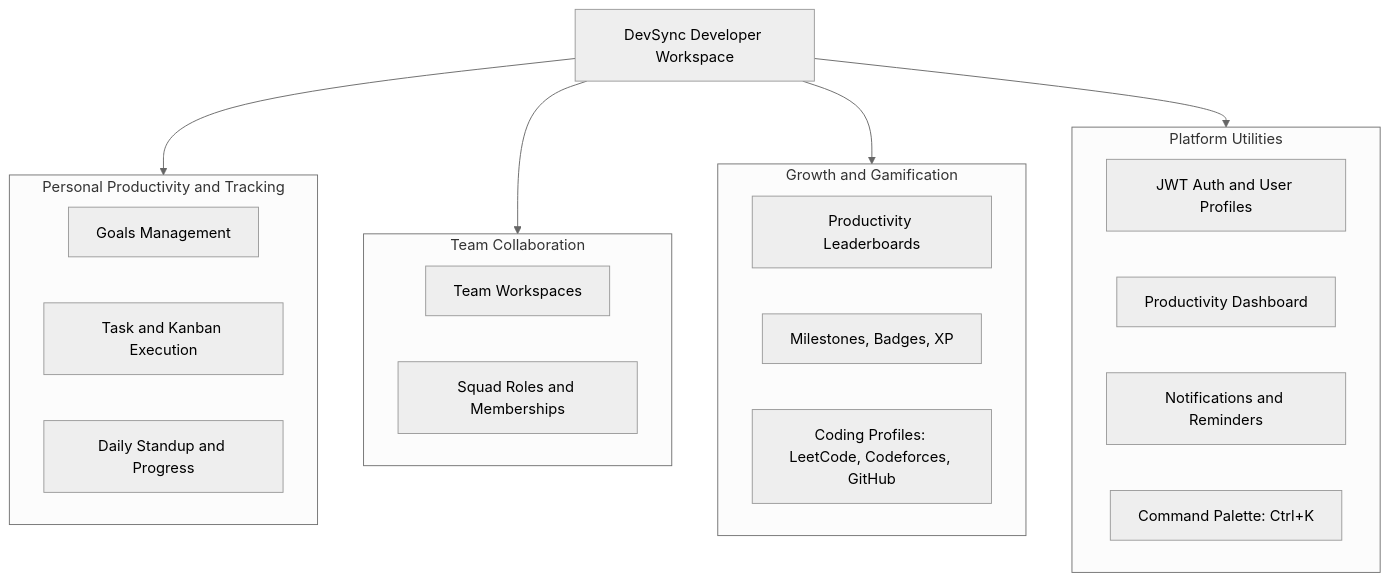
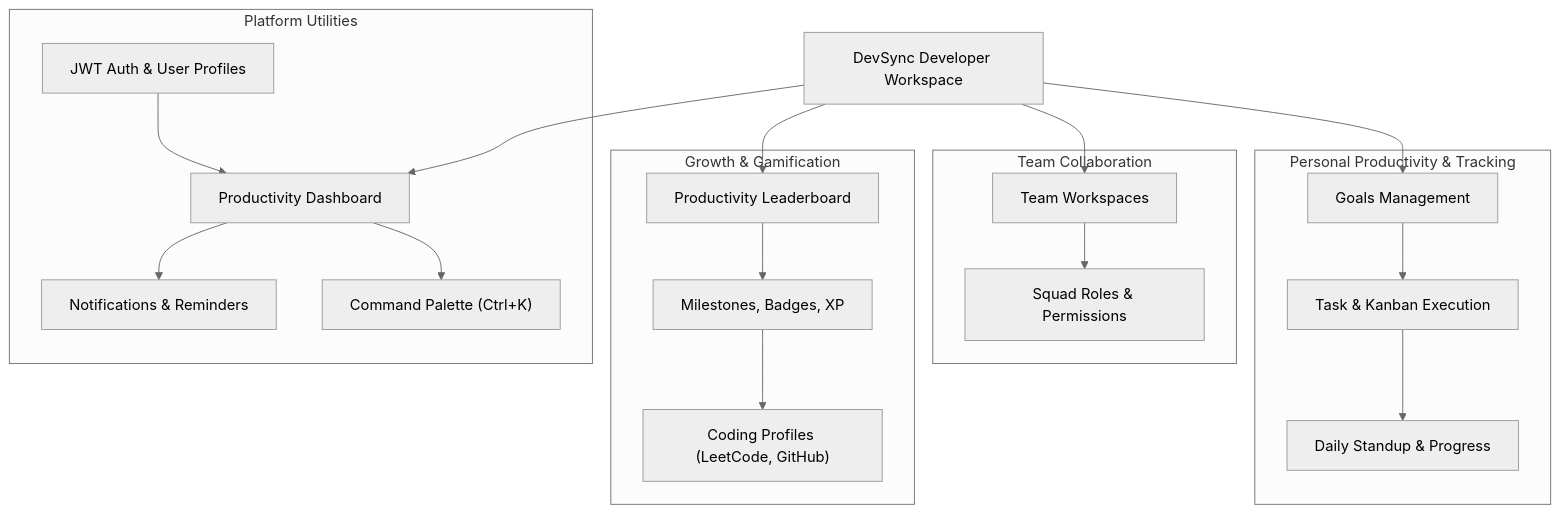
The second of 4 diagrams in README.md (RANAPRINCE06/DevSync), drawn with Mermaid (neutral theme) before and after one commit. The commit also changed other lines of this file, not shown here.

Commit message:
fix(docs): resolve Mermaid syntax errors in architecture, modules, sequence, and ER diagrams

````diff
--- a/README.md
+++ b/README.md
@@ -198,33 +201,41 @@
 ```mermaid
 flowchart TD
     User["DevSync Developer Workspace"]
 
-    subgraph Productivity [Personal Productivity and Tracking]
+    subgraph Productivity ["Personal Productivity & Tracking"]
         Goals["Goals Management"]
-        Tasks["Task and Kanban Execution"]
-        Progress["Daily Standup and Progress"]
+        Tasks["Task & Kanban Execution"]
+        Progress["Daily Standup & Progress"]
+        Goals --> Tasks
+        Tasks --> Progress
     end
 
-    subgraph Collaboration [Team Collaboration]
+    subgraph Collaboration ["Team Collaboration"]
         Teams["Team Workspaces"]
-        Roles["Squad Roles and Memberships"]
+        Roles["Squad Roles & Permissions"]
+        Teams --> Roles
     end
 
-    subgraph Gamification [Growth and Gamification]
-        Leaderboard["Productivity Leaderboards"]
+    subgraph Gamification ["Growth & Gamification"]
+        Leaderboard["Productivity Leaderboard"]
         Achievements["Milestones, Badges, XP"]
-        Profiles["Coding Profiles: LeetCode, Codeforces, GitHub"]
+        Profiles["Coding Profiles (LeetCode, GitHub)"]
+        Leaderboard --> Achievements
+        Achievements --> Profiles
     end
 
-    subgraph Utilities [Platform Utilities]
-        Auth["JWT Auth and User Profiles"]
+    subgraph Utilities ["Platform Utilities"]
+        Auth["JWT Auth & User Profiles"]
         Dashboard["Productivity Dashboard"]
-        Notifs["Notifications and Reminders"]
-        CmdPal["Command Palette: Ctrl+K"]
+        Notifs["Notifications & Reminders"]
+        CmdPal["Command Palette (Ctrl+K)"]
+        Auth --> Dashboard
+        Dashboard --> Notifs
+        Dashboard --> CmdPal
     end
 
-    User --> Productivity
-    User --> Collaboration
-    User --> Gamification
-    User --> Utilities
+    User --> Goals
+    User --> Teams
+    User --> Leaderboard
+    User --> Dashboard
 ```
````
